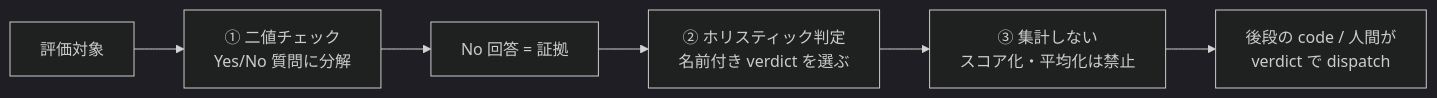
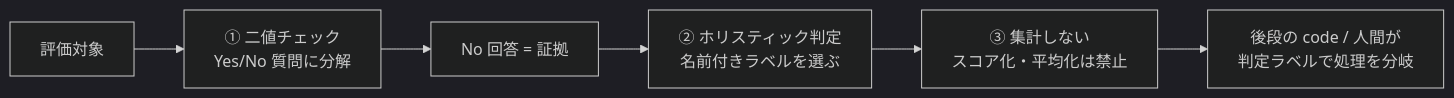
One commit to shimo4228/zenn-content changed the first of 2 diagrams in articles/llm-judge-checks-not-scores.md. Above: the diagram before and after it, drawn with Mermaid (dark theme). The commit also changed other lines of this file, not shown here.

Commit message:
refactor(article): verdict→判定ラベル/判定 に日本語化（コード・引用原文・初出定義は除く）、enum は初出で列挙型として定義

````diff
--- a/articles/llm-judge-checks-not-scores.md
+++ b/articles/llm-judge-checks-not-scores.md
@@ -33,8 +33,8 @@
 ```mermaid
 flowchart LR
     A[評価対象] --> B["① 二値チェック<br>Yes/No 質問に分解"]
     B --> C["No 回答 = 証拠"]
-    C --> D["② ホリスティック判定<br>名前付き verdict を選ぶ"]
+    C --> D["② ホリスティック判定<br>名前付きラベルを選ぶ"]
     D --> E["③ 集計しない<br>スコア化・平均化は禁止"]
-    E --> F["後段の code / 人間が<br>verdict で dispatch"]
+    E --> F["後段の code / 人間が<br>判定ラベルで処理を分岐"]
 ```
````
